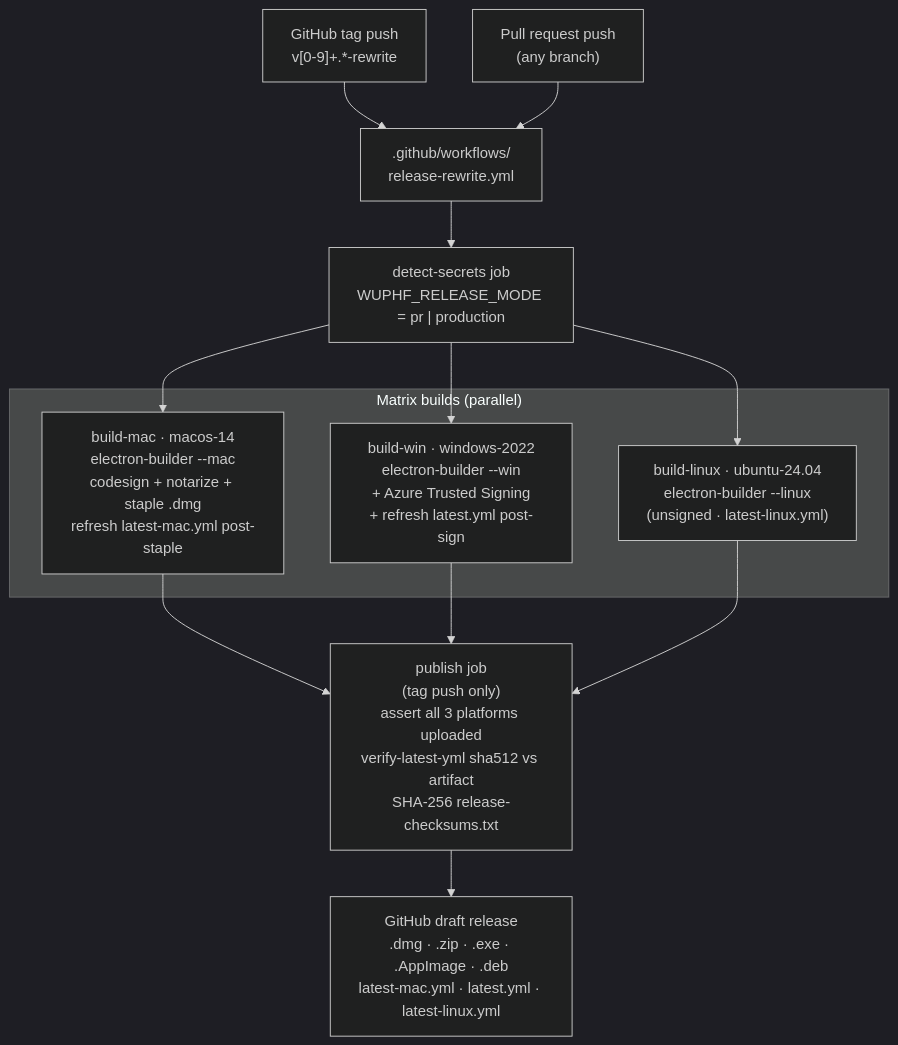
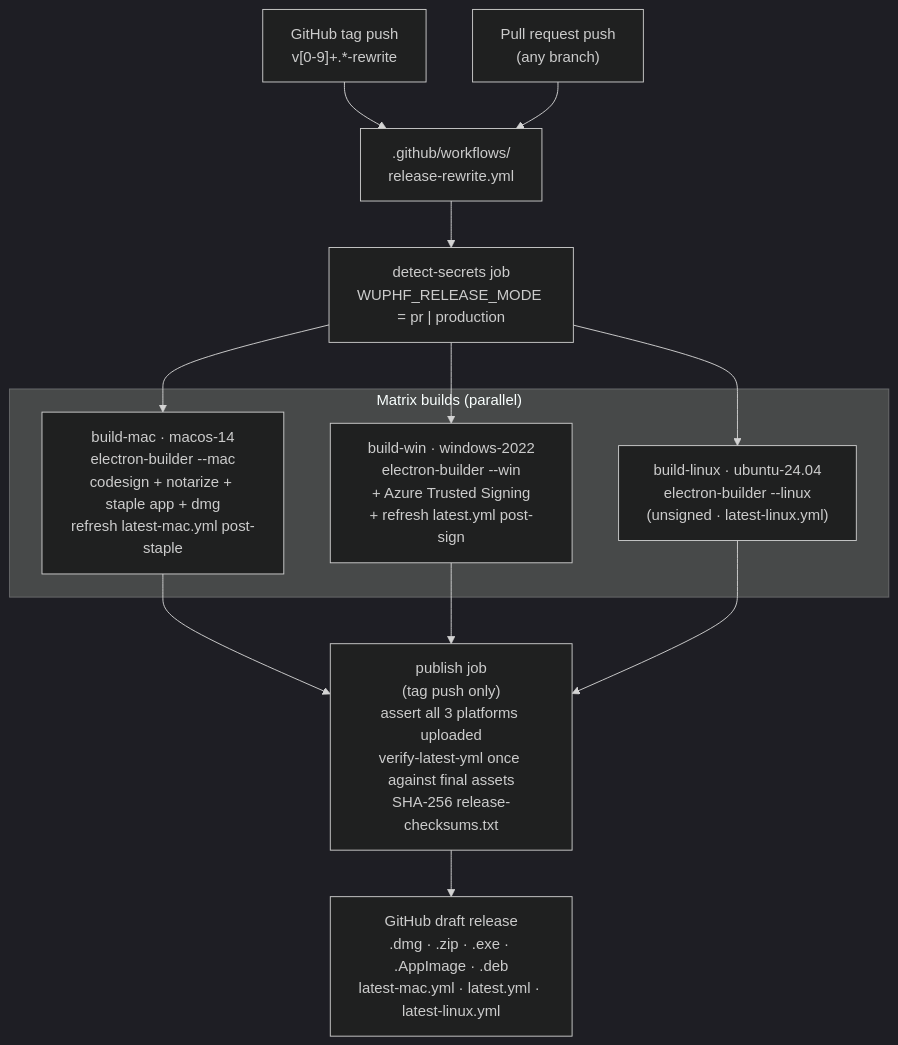
Before and after one commit to nex-crm/wuphf: the diagram in apps/installer-stub/README.md, drawn with Mermaid (dark theme). The commit also changed other lines of this file, not shown here.

First line of the commit message:
docs(installer): clarify local build command contexts

````diff
--- a/apps/installer-stub/README.md
+++ b/apps/installer-stub/README.md
@@ -65,27 +74,27 @@
 ```mermaid
 flowchart TD
     Tag["GitHub tag push<br/>v[0-9]+.*-rewrite"]
     PR["Pull request push<br/>(any branch)"]
     Workflow[".github/workflows/<br/>release-rewrite.yml"]
     Detect["detect-secrets job<br/>WUPHF_RELEASE_MODE = pr | production"]
 
     subgraph builds["Matrix builds (parallel)"]
-        Mac["build-mac · macos-14<br/>electron-builder --mac<br/>codesign + notarize + staple .dmg<br/>refresh latest-mac.yml post-staple"]
+        Mac["build-mac · macos-14<br/>electron-builder --mac<br/>codesign + notarize + staple app + dmg<br/>refresh latest-mac.yml post-staple"]
         Win["build-win · windows-2022<br/>electron-builder --win<br/>+ Azure Trusted Signing<br/>+ refresh latest.yml post-sign"]
         Linux["build-linux · ubuntu-24.04<br/>electron-builder --linux<br/>(unsigned · latest-linux.yml)"]
     end
 
-    Publish["publish job<br/>(tag push only)<br/>assert all 3 platforms uploaded<br/>verify-latest-yml sha512 vs artifact<br/>SHA-256 release-checksums.txt"]
+    Publish["publish job<br/>(tag push only)<br/>assert all 3 platforms uploaded<br/>verify-latest-yml once against final assets<br/>SHA-256 release-checksums.txt"]
     Release["GitHub draft release<br/>.dmg · .zip · .exe · .AppImage · .deb<br/>latest-mac.yml · latest.yml · latest-linux.yml"]
 
     Tag --> Workflow
     PR --> Workflow
     Workflow --> Detect
     Detect --> Mac
     Detect --> Win
     Detect --> Linux
     Mac --> Publish
     Win --> Publish
     Linux --> Publish
     Publish --> Release
 ```
````
